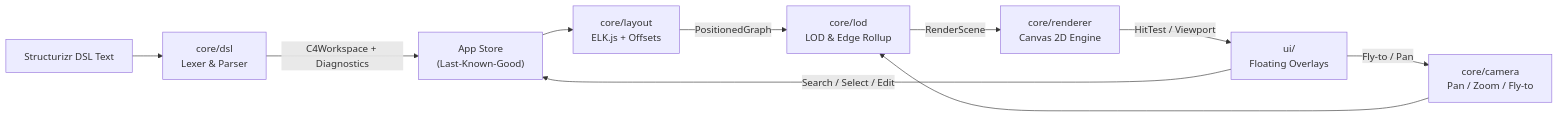
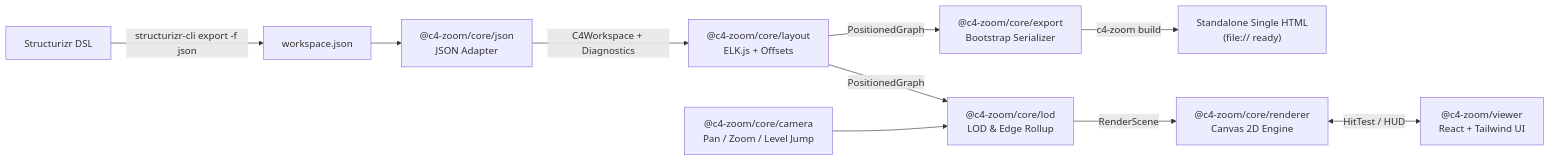
The diagram in docs/design.md (ta-dadadada/c4-zoom), drawn with Mermaid before and after one commit. The commit also changed other lines of this file and 12 other files, not shown here.

Commit message:
docs: pivot input to official workspace.json, pnpm workspace split, single-HTML export, and security policy

````diff
--- a/docs/design.md
+++ b/docs/design.md
@@ -274,12 +291,12 @@
 ```mermaid
 flowchart LR
-    DSL["Structurizr DSL Text"] --> Parser["core/dsl<br/>Lexer & Parser"]
-    Parser -->|"C4Workspace + Diagnostics"| Store["App Store<br/>(Last-Known-Good)"]
-    Store --> Layout["core/layout<br/>ELK.js + Offsets"]
-    Layout -->|"PositionedGraph"| LOD["core/lod<br/>LOD & Edge Rollup"]
-    Camera["core/camera<br/>Pan / Zoom / Fly-to"] --> LOD
-    LOD -->|"RenderScene"| Renderer["core/renderer<br/>Canvas 2D Engine"]
-    Renderer -->|"HitTest / Viewport"| UI["ui/<br/>Floating Overlays"]
-    UI -->|"Search / Select / Edit"| Store
-    UI -->|"Fly-to / Pan"| Camera
+    DSL["Structurizr DSL"] -->|"structurizr-cli export -f json"| JSON["workspace.json"]
+    JSON --> Adapter["@c4-zoom/core/json<br/>JSON Adapter"]
+    Adapter -->|"C4Workspace + Diagnostics"| Layout["@c4-zoom/core/layout<br/>ELK.js + Offsets"]
+    Layout -->|"PositionedGraph"| Export["@c4-zoom/core/export<br/>Bootstrap Serializer"]
+    Export -->|"c4-zoom build"| SingleHTML["Standalone Single HTML<br/>(file:// ready)"]
+    Layout -->|"PositionedGraph"| LOD["@c4-zoom/core/lod<br/>LOD & Edge Rollup"]
+    Camera["@c4-zoom/core/camera<br/>Pan / Zoom / Level Jump"] --> LOD
+    LOD -->|"RenderScene"| Renderer["@c4-zoom/core/renderer<br/>Canvas 2D Engine"]
+    Renderer <-->|"HitTest / HUD"| Viewer["@c4-zoom/viewer<br/>React + Tailwind UI"]
 ```
````
